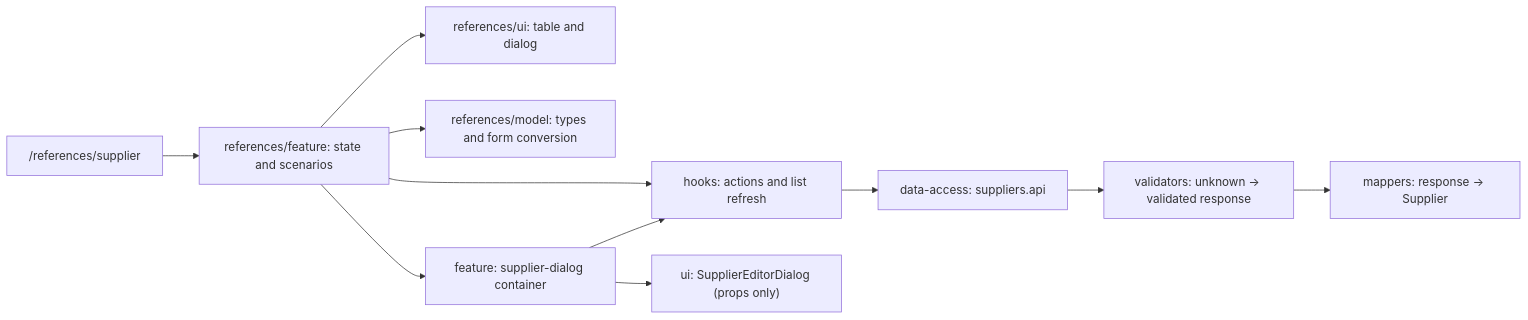
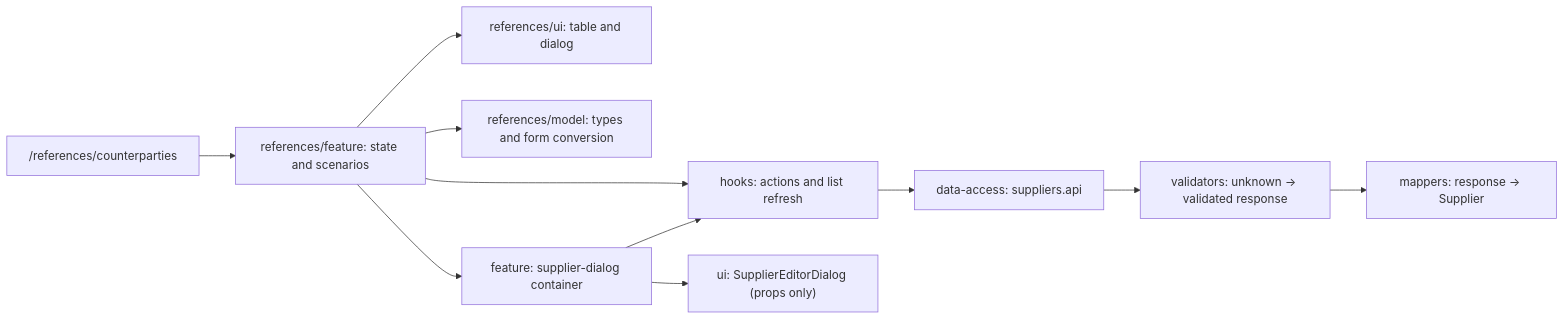
Before and after one commit to Weretik/brevi-web: the diagram in docs/features/admin/references/suppliers.md, drawn with Mermaid. The commit also changed other lines of this file and 44 other files, not shown here.

````diff
--- a/docs/features/admin/references/suppliers.md
+++ b/docs/features/admin/references/suppliers.md
@@ -42,13 +42,13 @@
 ```mermaid
 flowchart LR
-  Route["/references/supplier"] --> Page["references/feature: state and scenarios"]
+  Route["/references/counterparties"] --> Page["references/feature: state and scenarios"]
   Page --> UI["references/ui: table and dialog"]
   Page --> Model["references/model: types and form conversion"]
   Page --> Hooks["hooks: actions and list refresh"]
   Page --> Editor["feature: supplier-dialog container"]
   Editor --> Hooks
   Editor --> Form["ui: SupplierEditorDialog (props only)"]
   Hooks --> Data["data-access: suppliers.api"]
   Data --> Validator["validators: unknown → validated response"]
   Validator --> Mapper["mappers: response → Supplier"]
 ```
````
